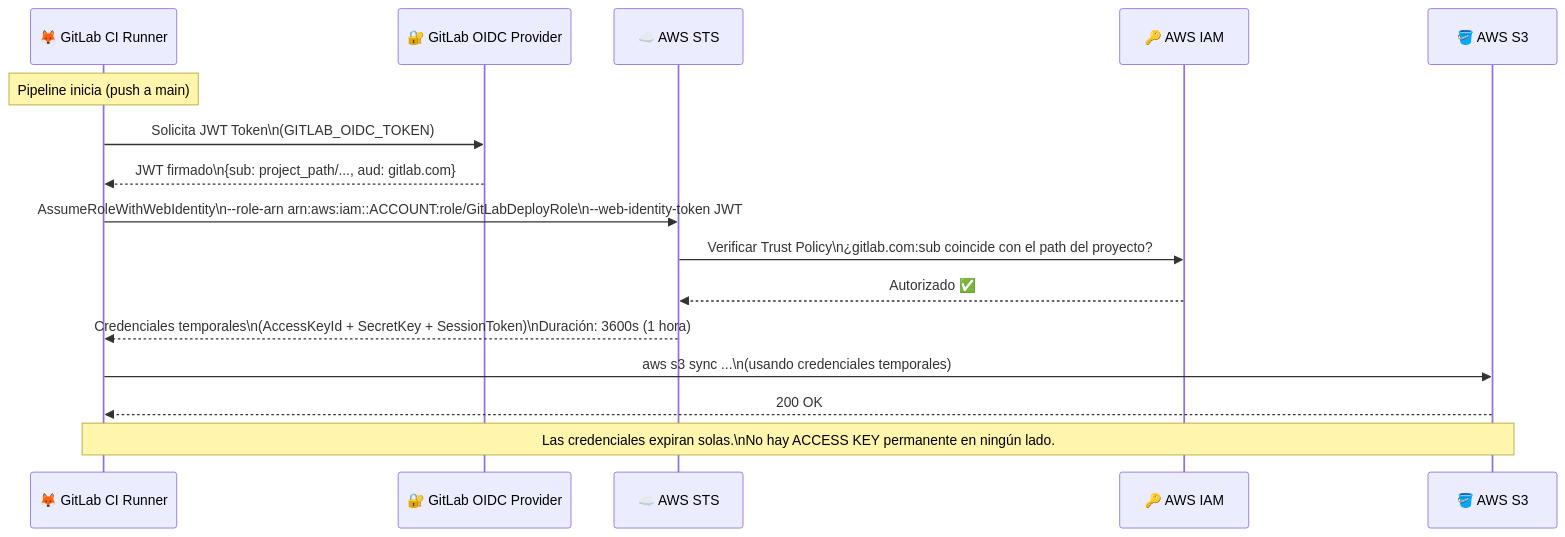
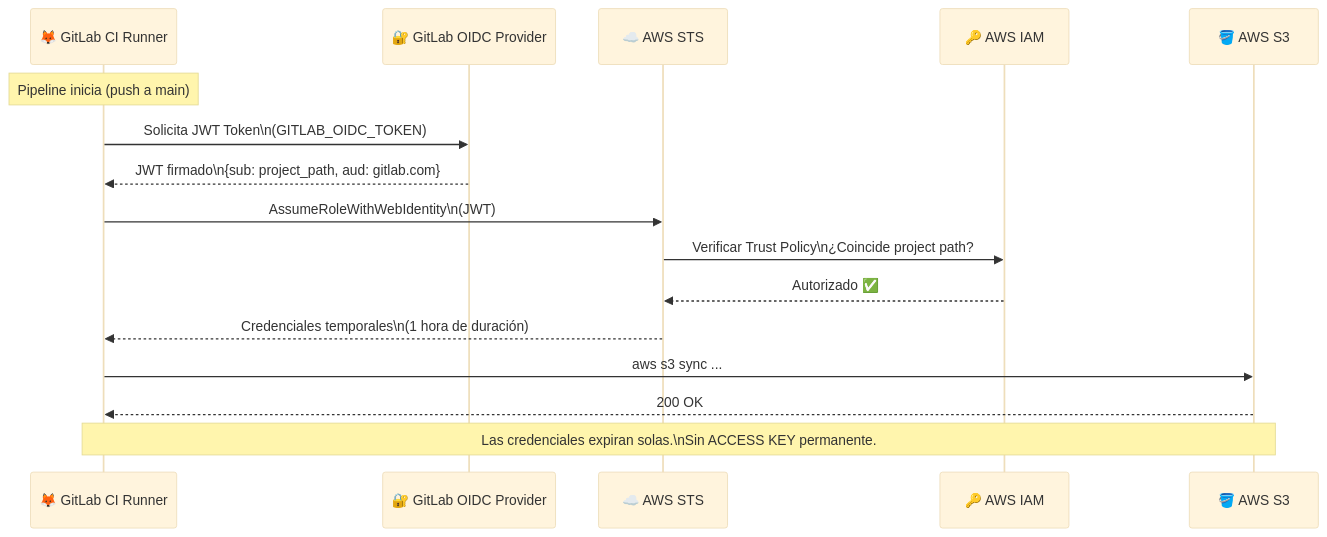
One commit to vladimiracunadev-create/proyectos-aws changed the first of 4 diagrams in caso-l-finops-optimization/docs/architecture.md. Above: the diagram before and after it, drawn with Mermaid. The commit also changed other lines of this file and 6 other files, not shown here.

Commit message:
docs: mass optimization of architecture diagrams for all completed cases (A, B, C, D, J, K, L) - vertical flow and premium styles

````diff
--- a/caso-l-finops-optimization/docs/architecture.md
+++ b/caso-l-finops-optimization/docs/architecture.md
@@ -21,24 +21,25 @@
 ```mermaid
+%%{init: {'theme': 'base', 'themeVariables': { 'fontsize': '16px' }}}%%
 sequenceDiagram
     participant GitLab as 🦊 GitLab CI Runner
     participant OIDC as 🔐 GitLab OIDC Provider
     participant STS as ☁️ AWS STS
     participant IAM as 🔑 AWS IAM
     participant S3 as 🪣 AWS S3
 
     Note over GitLab: Pipeline inicia (push a main)
     GitLab->>OIDC: Solicita JWT Token\n(GITLAB_OIDC_TOKEN)
-    OIDC-->>GitLab: JWT firmado\n{sub: project_path/..., aud: gitlab.com}
+    OIDC-->>GitLab: JWT firmado\n{sub: project_path, aud: gitlab.com}
 
-    GitLab->>STS: AssumeRoleWithWebIdentity\n--role-arn arn:aws:iam::ACCOUNT:role/GitLabDeployRole\n--web-identity-token JWT
+    GitLab->>STS: AssumeRoleWithWebIdentity\n(JWT)
 
-    STS->>IAM: Verificar Trust Policy\n¿gitlab.com:sub coincide con el path del proyecto?
+    STS->>IAM: Verificar Trust Policy\n¿Coincide project path?
     IAM-->>STS: Autorizado ✅
 
-    STS-->>GitLab: Credenciales temporales\n(AccessKeyId + SecretKey + SessionToken)\nDuración: 3600s (1 hora)
+    STS-->>GitLab: Credenciales temporales\n(1 hora de duración)
 
-    GitLab->>S3: aws s3 sync ...\n(usando credenciales temporales)
+    GitLab->>S3: aws s3 sync ...
     S3-->>GitLab: 200 OK
 
-    Note over GitLab,S3: Las credenciales expiran solas.\nNo hay ACCESS KEY permanente en ningún lado.
+    Note over GitLab,S3: Las credenciales expiran solas.\nSin ACCESS KEY permanente.
 ```
````
